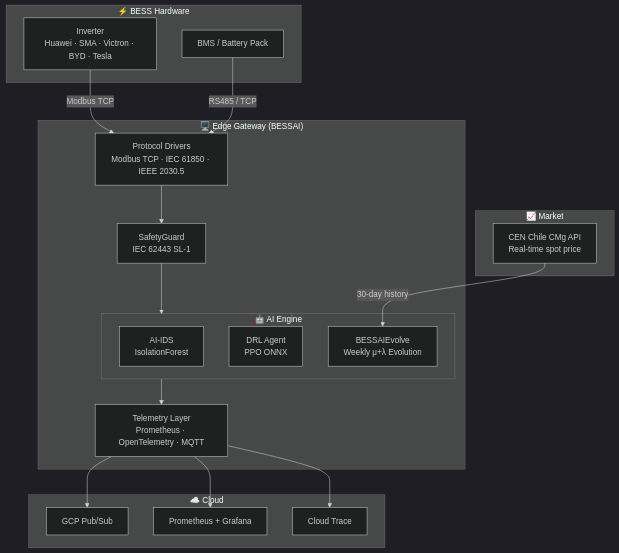
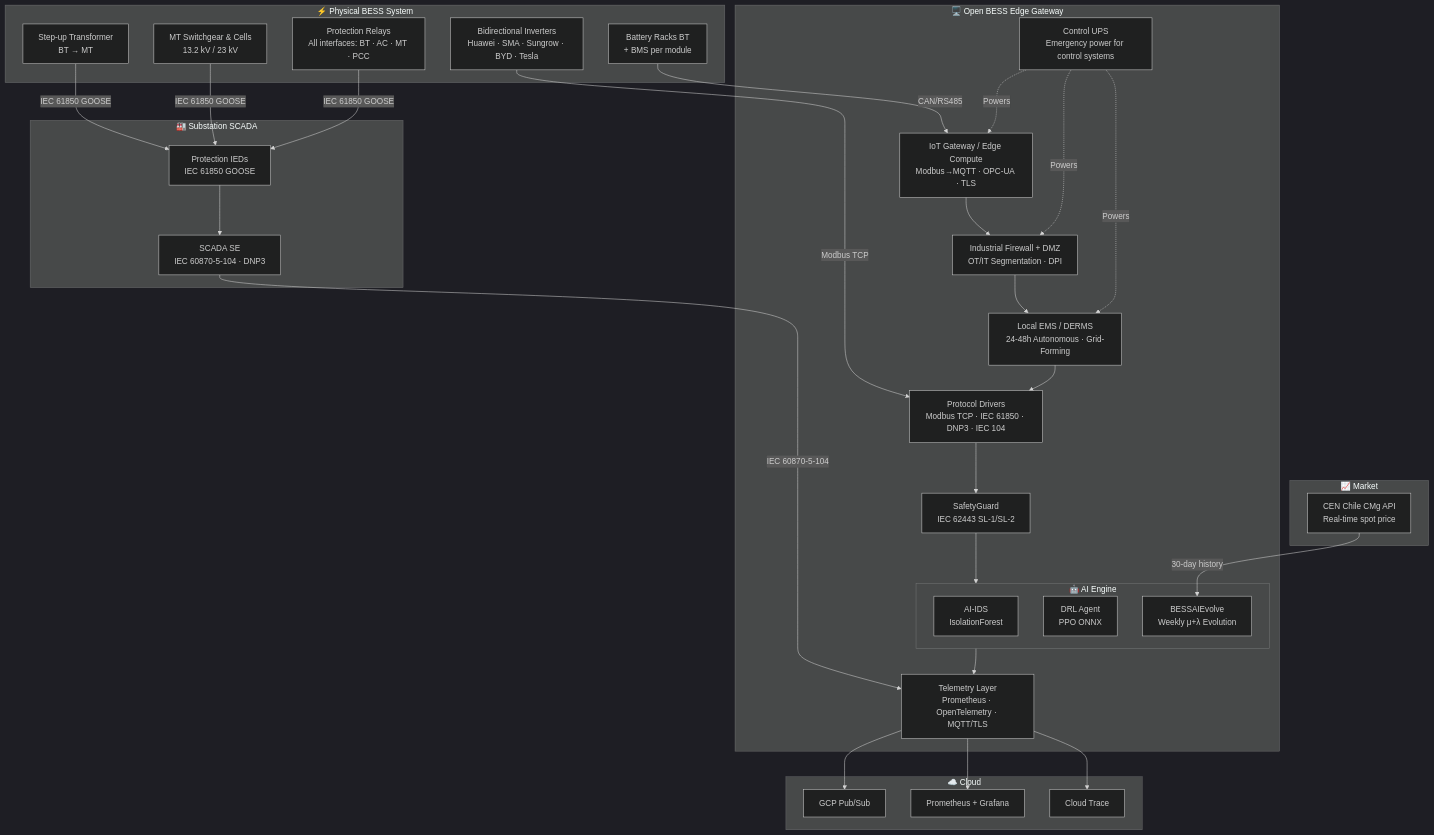
The first of 3 diagrams in README.md (bess-solutions/open-bess-edge), drawn with Mermaid (dark theme) before and after one commit. The commit also changed other lines of this file and 1 other file, not shown here.

First line of the commit message:
feat(standard): add Open BESS Edge Standard v1.0

````diff
--- a/README.md
+++ b/README.md
@@ -45,39 +48,57 @@
 ```mermaid
 graph TB
-    subgraph Hardware["⚡ BESS Hardware"]
-        INV[Inverter<br/>Huawei · SMA · Victron · BYD · Tesla]
-        BMS[BMS / Battery Pack]
+    subgraph HW["⚡ Physical BESS System"]
+        BAT[Battery Racks BT<br/>+ BMS per module]
+        INV[Bidirectional Inverters<br/>Huawei · SMA · Sungrow · BYD · Tesla]
+        TRF[Step-up Transformer<br/>BT → MT]
+        MT[MT Switchgear & Cells<br/>13.2 kV / 23 kV]
+        PROT[Protection Relays<br/>All interfaces: BT · AC · MT · PCC]
     end
 
-    subgraph Edge["🖥️ Edge Gateway (BESSAI)"]
-        DRV[Protocol Drivers<br/>Modbus TCP · IEC 61850 · IEEE 2030.5]
-        SG[SafetyGuard<br/>IEC 62443 SL-1]
-        AI[AI Engine]
+    subgraph Edge["🖥️ Open BESS Edge Gateway"]
+        GW[IoT Gateway / Edge Compute<br/>Modbus→MQTT · OPC-UA · TLS]
+        FW[Industrial Firewall + DMZ<br/>OT/IT Segmentation · DPI]
+        EMS[Local EMS / DERMS<br/>24-48h Autonomous · Grid-Forming]
+        UPS[Control UPS<br/>Emergency power for control systems]
+        DRV[Protocol Drivers<br/>Modbus TCP · IEC 61850 · DNP3 · IEC 104]
+        SG[SafetyGuard<br/>IEC 62443 SL-1/SL-2]
         subgraph AI["🤖 AI Engine"]
             IDS[AI-IDS<br/>IsolationForest]
             DRL[DRL Agent<br/>PPO ONNX]
             EVO[BESSAIEvolve<br/>Weekly μ+λ Evolution]
         end
-        TEL[Telemetry Layer<br/>Prometheus · OpenTelemetry · MQTT]
+        TEL[Telemetry Layer<br/>Prometheus · OpenTelemetry · MQTT/TLS]
+    end
+
+    subgraph SE["🏭 Substation SCADA"]
+        SCADA_SE[SCADA SE<br/>IEC 60870-5-104 · DNP3]
+        IED[Protection IEDs<br/>IEC 61850 GOOSE]
     end
 
     subgraph Cloud["☁️ Cloud"]
         GCP[GCP Pub/Sub]
         PROM[Prometheus + Grafana]
         OT[Cloud Trace]
     end
 
     subgraph Market["📈 Market"]
         CMG[CEN Chile CMg API<br/>Real-time spot price]
     end
 
+    BAT -->|CAN/RS485| GW
     INV -->|Modbus TCP| DRV
-    BMS -->|RS485 / TCP| DRV
+    TRF & MT & PROT -->|IEC 61850 GOOSE| IED
+    IED --> SCADA_SE
+    GW --> FW
+    FW --> EMS
+    EMS --> DRV
     DRV --> SG
     SG --> AI
     CMG -->|30-day history| EVO
     AI --> TEL
+    SCADA_SE -->|IEC 60870-5-104| TEL
     TEL --> GCP
     TEL --> PROM
     TEL --> OT
+    UPS -.->|Powers| GW & FW & EMS
 ```
````
